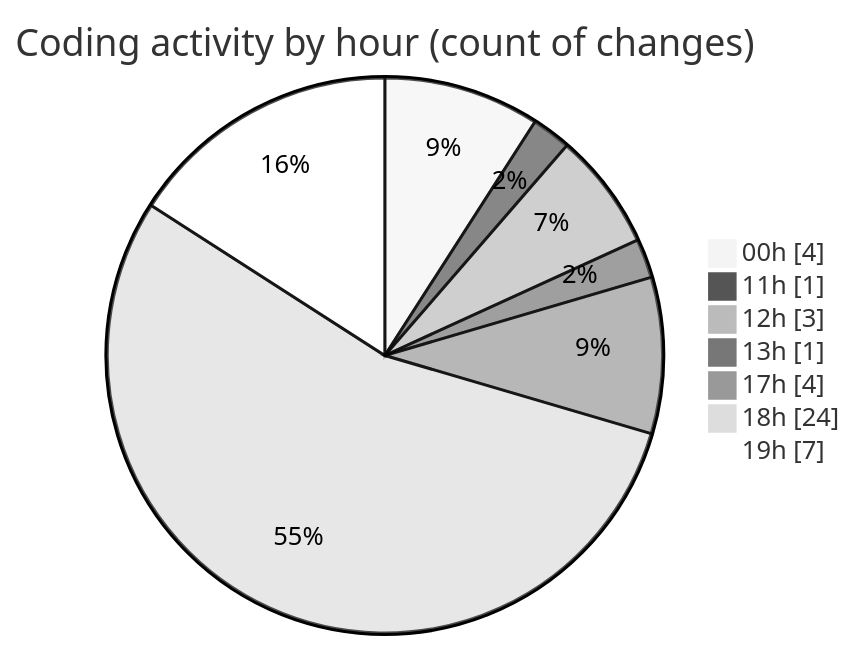
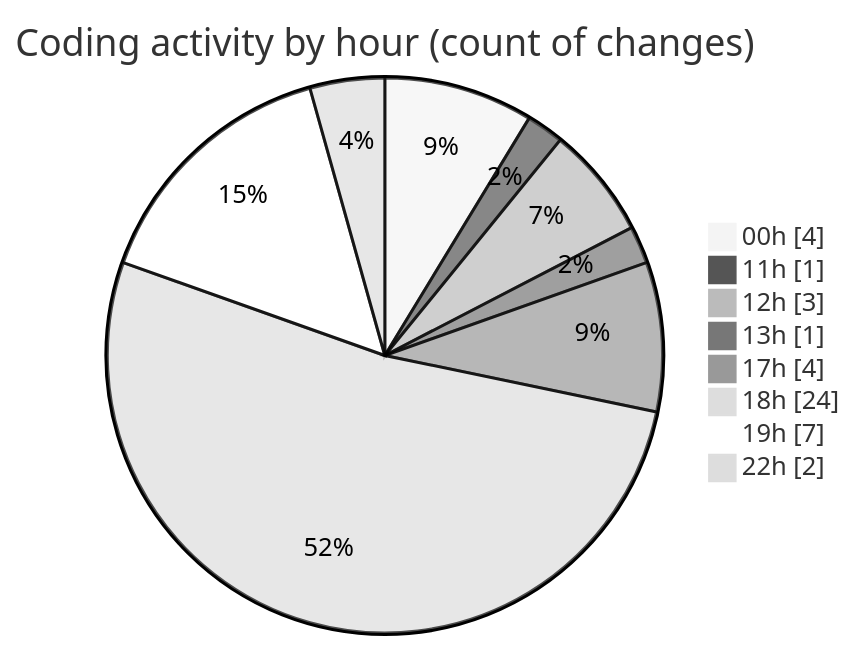
Before and after one commit to julien-gomy/code-tracking: the second of 2 diagrams in 2025-11-19/eventscop-api-guide__workspace_/README.md, drawn with Mermaid (neutral theme). The commit also changed other lines of this file and 1 other file, not shown here.

````diff
--- a/2025-11-19/eventscop-api-guide__workspace_/README.md
+++ b/2025-11-19/eventscop-api-guide__workspace_/README.md
@@ -35,11 +37,12 @@
 ```mermaid
 pie showData
 title Coding activity by hour (count of changes)
 "00h" : 4
 "11h" : 1
 "12h" : 3
 "13h" : 1
 "17h" : 4
 "18h" : 24
 "19h" : 7
+"22h" : 2
 ```
````
